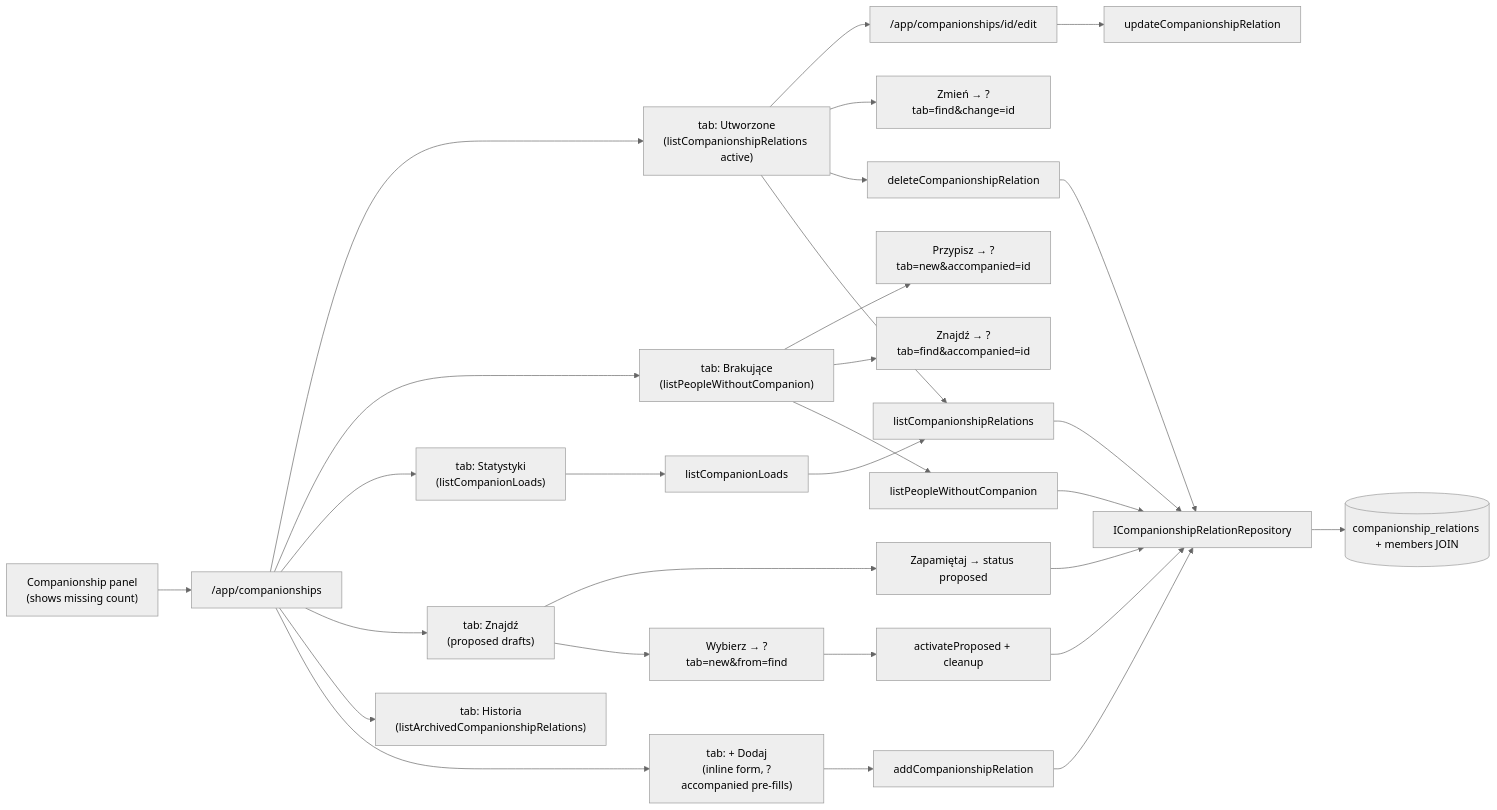
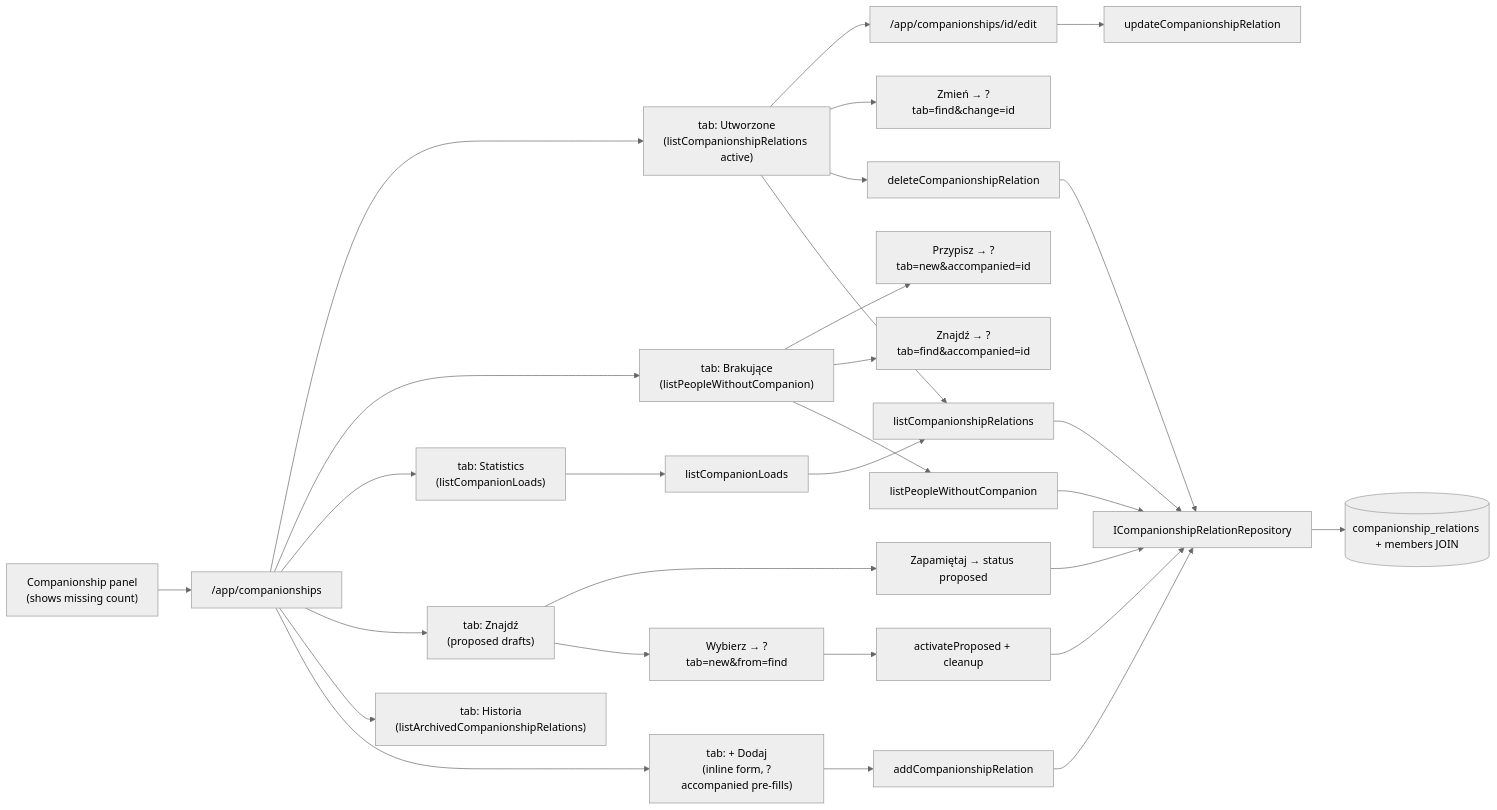
One commit to greg-latuszek/emma-companionship changed the sixth of 8 diagrams in docs/current-architecture.md. Above: the diagram before and after it, drawn with Mermaid (neutral theme). The commit also changed other lines of this file and 1 other file, not shown here.

````diff
--- a/docs/current-architecture.md
+++ b/docs/current-architecture.md
@@ -208,31 +208,31 @@
 ```mermaid
 flowchart LR
   panel["Companionship panel\n(shows missing count)"] --> companionships["/app/companionships"]
   companionships --> tabCreated["tab: Utworzone\n(listCompanionshipRelations active)"]
   companionships --> tabMissing["tab: Brakujące\n(listPeopleWithoutCompanion)"]
-  companionships --> tabStatistics["tab: Statystyki\n(listCompanionLoads)"]
+  companionships --> tabStatistics["tab: Statistics\n(listCompanionLoads)"]
   companionships --> tabFind["tab: Znajdź\n(proposed drafts)"]
   companionships --> tabHistory["tab: Historia\n(listArchivedCompanionshipRelations)"]
   companionships --> tabNew["tab: + Dodaj\n(inline form, ?accompanied pre-fills)"]
   tabCreated --> edit["/app/companionships/id/edit"]
   tabCreated --> change["Zmień → ?tab=find&change=id"]
   tabCreated --> remove[deleteCompanionshipRelation]
   tabMissing --> assign["Przypisz → ?tab=new&accompanied=id"]
   tabMissing --> findMissing["Znajdź → ?tab=find&accompanied=id"]
   tabFind --> remember["Zapamiętaj → status proposed"]
   tabFind --> choose["Wybierz → ?tab=new&from=find"]
   choose --> activate[activateProposed + cleanup]
   tabNew --> create[addCompanionshipRelation]
   create --> repo[ICompanionshipRelationRepository]
   activate --> repo
   remember --> repo
   edit --> update[updateCompanionshipRelation]
   remove --> repo
   tabCreated --> listRel[listCompanionshipRelations]
   tabMissing --> listMissing[listPeopleWithoutCompanion]
   tabStatistics --> listLoads[listCompanionLoads]
   listLoads --> listRel
   listRel --> repo
   listMissing --> repo
   repo --> pg[(companionship_relations + members JOIN)]
 ```
````
